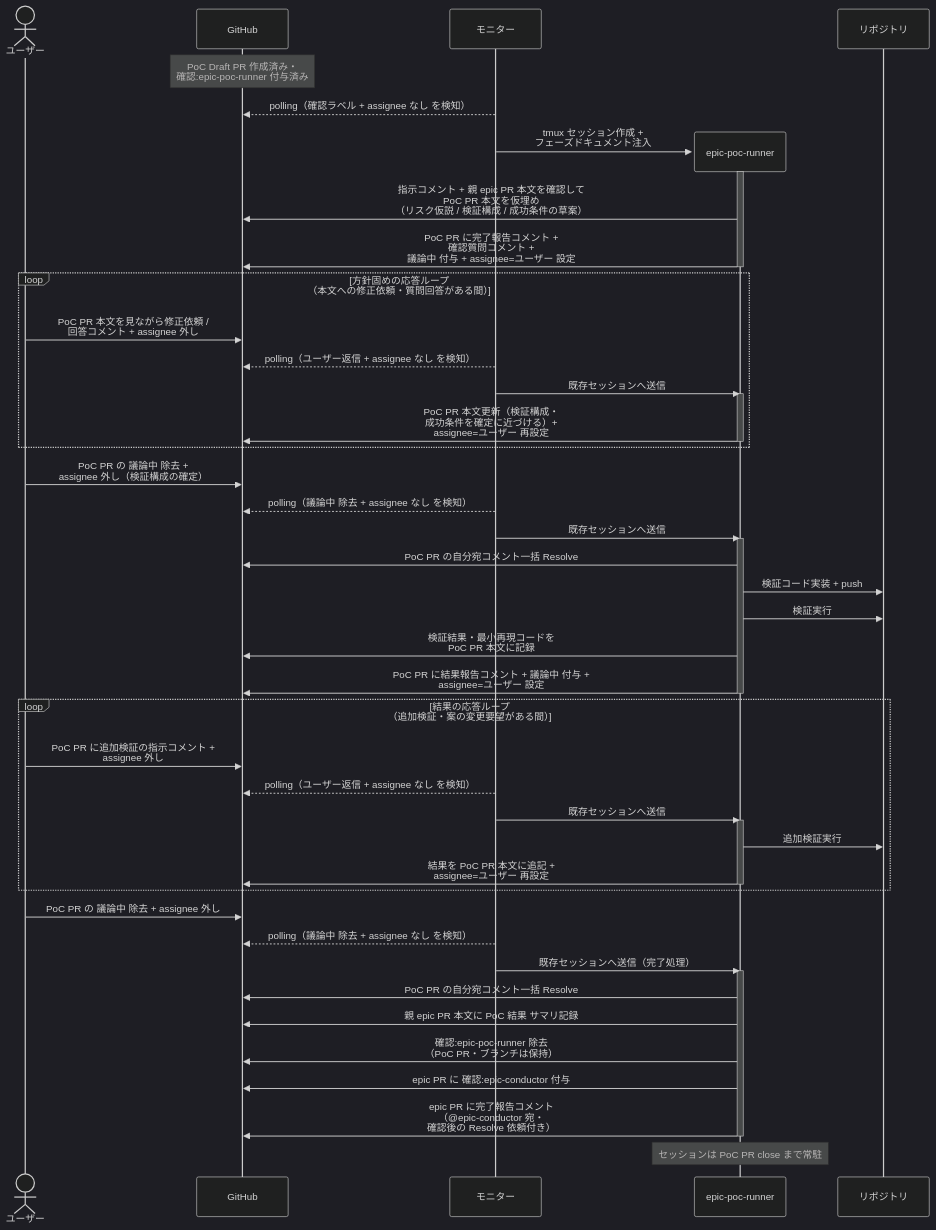
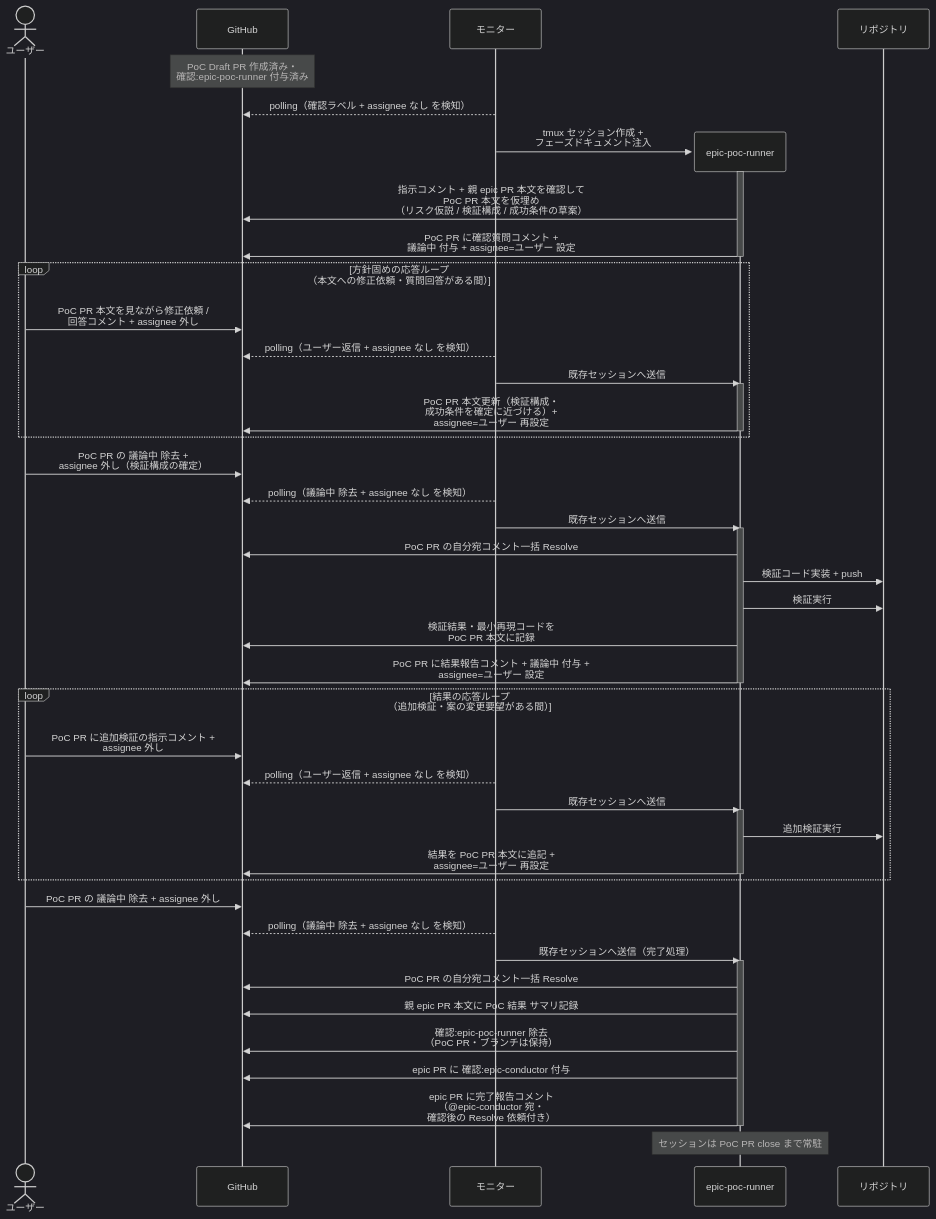
Before and after one commit to shuhei1101/ai-monitor: the first of 2 diagrams in docs/wiki/設計図/シナリオ/単一ユースケース/実現可能性PoC検証.md, drawn with Mermaid (dark theme). The commit also changed 174 other files, not shown here.

````diff
--- a/docs/wiki/設計図/シナリオ/単一ユースケース/実現可能性PoC検証.md
+++ b/docs/wiki/設計図/シナリオ/単一ユースケース/実現可能性PoC検証.md
@@ -26,58 +26,58 @@
 ```mermaid
 sequenceDiagram
   actor U as ユーザー
   participant GH as GitHub
   participant ORC as モニター
 
   Note over GH: PoC Draft PR 作成済み・<br>確認:epic-poc-runner 付与済み
   ORC-->>GH: polling（確認ラベル + assignee なし を検知）
   create participant MON as epic-poc-runner
   ORC->>MON: tmux セッション作成 +<br>フェーズドキュメント注入
   participant REPO as リポジトリ
   activate MON
   MON->>GH: 指示コメント + 親 epic PR 本文を確認して<br>PoC PR 本文を仮埋め<br>（リスク仮説 / 検証構成 / 成功条件の草案）
-  MON->>GH: PoC PR に完了報告コメント +<br>確認質問コメント +<br>議論中 付与 + assignee=ユーザー 設定
+  MON->>GH: PoC PR に確認質問コメント +<br>議論中 付与 + assignee=ユーザー 設定
   deactivate MON
 
   loop 方針固めの応答ループ<br>（本文への修正依頼・質問回答がある間）
     U->>GH: PoC PR 本文を見ながら修正依頼 /<br>回答コメント + assignee 外し
     ORC-->>GH: polling（ユーザー返信 + assignee なし を検知）
     ORC->>MON: 既存セッションへ送信
     activate MON
     MON->>GH: PoC PR 本文更新（検証構成・<br>成功条件を確定に近づける）+<br>assignee=ユーザー 再設定
     deactivate MON
   end
 
   U->>GH: PoC PR の 議論中 除去 +<br>assignee 外し（検証構成の確定）
   ORC-->>GH: polling（議論中 除去 + assignee なし を検知）
   ORC->>MON: 既存セッションへ送信
   activate MON
   MON->>GH: PoC PR の自分宛コメント一括 Resolve
   MON->>REPO: 検証コード実装 + push
   MON->>REPO: 検証実行
   MON->>GH: 検証結果・最小再現コードを<br>PoC PR 本文に記録
   MON->>GH: PoC PR に結果報告コメント + 議論中 付与 +<br>assignee=ユーザー 設定
   deactivate MON
 
   loop 結果の応答ループ<br>（追加検証・案の変更要望がある間）
     U->>GH: PoC PR に追加検証の指示コメント +<br>assignee 外し
     ORC-->>GH: polling（ユーザー返信 + assignee なし を検知）
     ORC->>MON: 既存セッションへ送信
     activate MON
     MON->>REPO: 追加検証実行
     MON->>GH: 結果を PoC PR 本文に追記 +<br>assignee=ユーザー 再設定
     deactivate MON
   end
 
   U->>GH: PoC PR の 議論中 除去 + assignee 外し
   ORC-->>GH: polling（議論中 除去 + assignee なし を検知）
   ORC->>MON: 既存セッションへ送信（完了処理）
   activate MON
   MON->>GH: PoC PR の自分宛コメント一括 Resolve
   MON->>GH: 親 epic PR 本文に PoC 結果 サマリ記録
   MON->>GH: 確認:epic-poc-runner 除去<br>（PoC PR・ブランチは保持）
   MON->>GH: epic PR に 確認:epic-conductor 付与
   MON->>GH: epic PR に完了報告コメント<br>（@epic-conductor 宛・<br>確認後の Resolve 依頼付き）
   deactivate MON
   Note over MON: セッションは PoC PR close まで常駐
 ```
````
